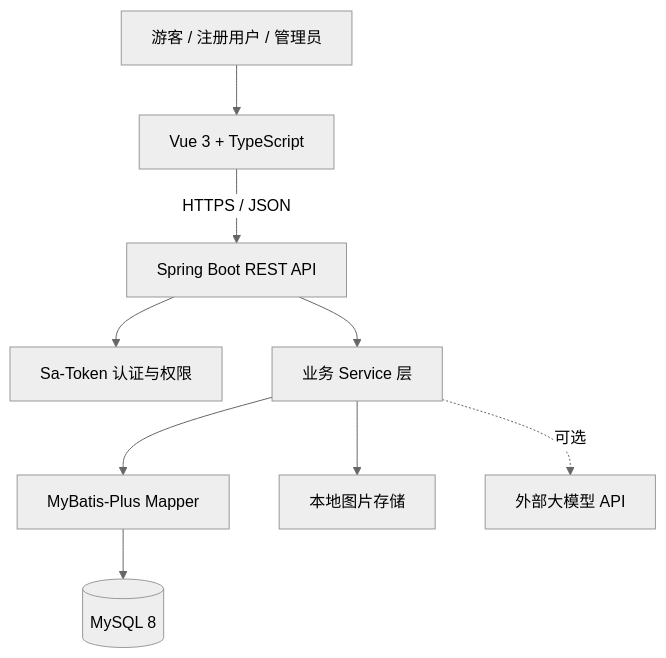
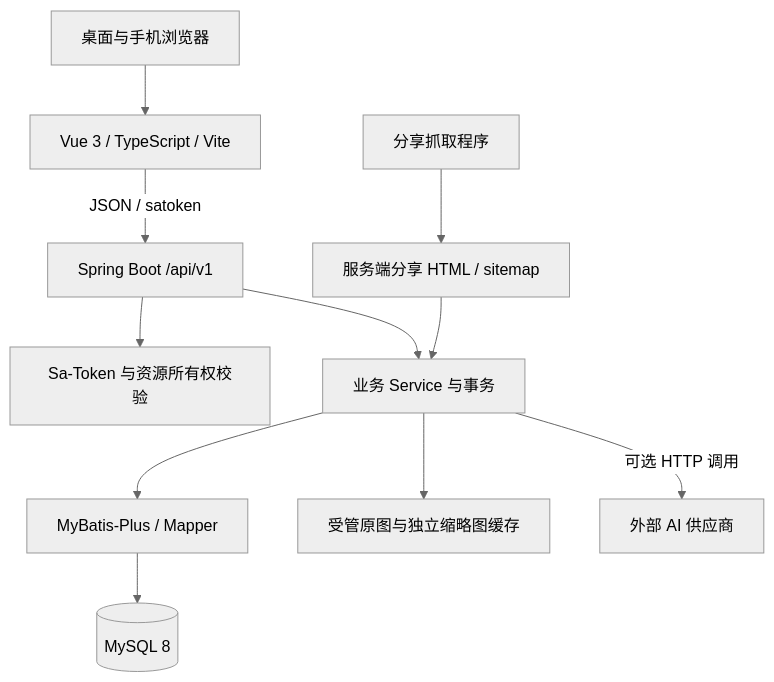
Before and after one commit to TheSixPasserby/travel-platform: the diagram in docs/02-system-architecture.md, drawn with Mermaid (neutral theme). The commit also changed other lines of this file and 175 other files, not shown here.

````diff
--- a/docs/02-system-architecture.md
+++ b/docs/02-system-architecture.md
@@ -15,11 +7,13 @@
 ```mermaid
 flowchart TB
-    U[游客 / 注册用户 / 管理员] --> FE[Vue 3 + TypeScript]
-    FE -->|HTTPS / JSON| API[Spring Boot REST API]
-    API --> AUTH[Sa-Token 认证与权限]
-    API --> SVC[业务 Service 层]
-    SVC --> MAPPER[MyBatis-Plus Mapper]
-    MAPPER --> DB[(MySQL 8)]
-    SVC --> FILE[本地图片存储]
-    SVC -. 可选 .-> AI[外部大模型 API]
+    browser[桌面与手机浏览器] --> web[Vue 3 / TypeScript / Vite]
+    web -->|JSON / satoken| api[Spring Boot /api/v1]
+    api --> auth[Sa-Token 与资源所有权校验]
+    api --> service[业务 Service 与事务]
+    service --> mapper[MyBatis-Plus / Mapper]
+    mapper --> db[(MySQL 8)]
+    service --> images[受管原图与独立缩略图缓存]
+    service -->|可选 HTTP 调用| model[外部 AI 供应商]
+    crawler[分享抓取程序] --> share[服务端分享 HTML / sitemap]
+    share --> service
 ```
````
